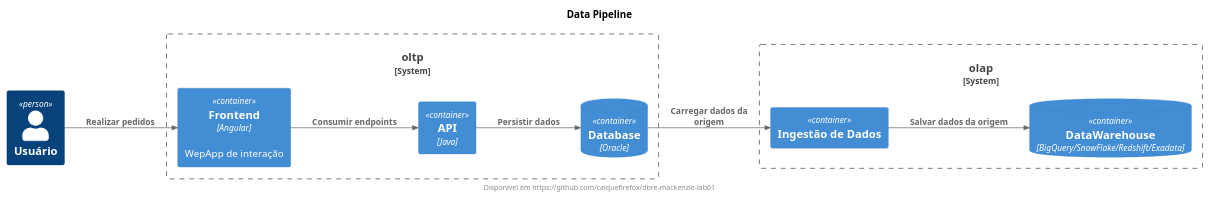
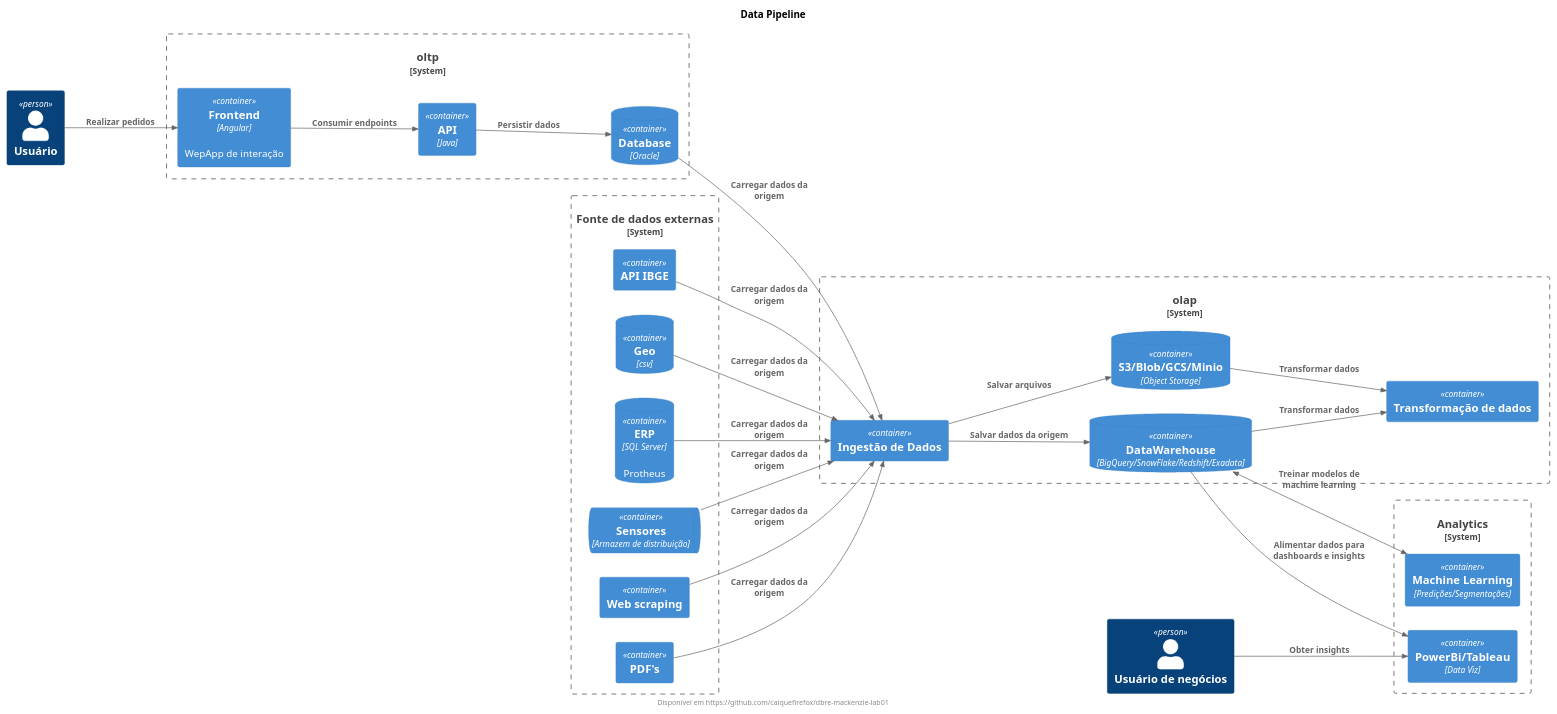
One commit to caiquefirefox/dbre-mackenzie-lab01 changed the diagram in diagrams/data_pipeline.puml. Above: the diagram before and after it, drawn with PlantUML.

Commit message:
:sparkles: feat: add transformation

```diff
--- a/diagrams/data_pipeline.puml
+++ b/diagrams/data_pipeline.puml
@@ -1,28 +1,60 @@
 @startuml diagram
 title Data Pipeline
 footer Disponível em https://github.com/caiquefirefox/dbre-mackenzie-lab01
 
 !include https://raw.githubusercontent.com/plantuml-stdlib/C4-PlantUML/master/C4_Context.puml
 !include https://raw.githubusercontent.com/plantuml-stdlib/C4-PlantUML/master/C4_Container.puml
 LAYOUT_LANDSCAPE()
 
 Person(user, "Usuário")
+Person(user_business, "Usuário de negócios")
 
 System_Boundary(oltp, "oltp"){
     Container(frontend, "Frontend", "Angular", "WepApp de interação")
     Container(api, "API", "Java")
     ContainerDb(db, "Database", "Oracle")
 }
 
+System_Boundary(data_sources, "Fonte de dados externas"){
+    Container(ibge, "API IBGE")
+    ContainerDb(correio, "Geo", "csv")
+    ContainerDb(erp, "ERP", "SQL Server", "Protheus")
+    ContainerQueue(iot, "Sensores", "Armazem de distribuição")
+    Container(scraping, "Web scraping")
+    Container(pdf, "PDF's")
+}
+
 System_Boundary(olap, "olap"){
-    Container(job, "Ingestão de Dados")
+    Container(extraction, "Ingestão de Dados")
     ContainerDb(dw, "DataWarehouse", "BigQuery/SnowFlake/Redshift/Exadata")
-    Rel(job, dw, "Salvar dados da origem")
+    ContainerDb(object_storage, "S3/Blob/GCS/Minio", "Object Storage")
+    
+    Container(transformation, "Transformação de dados")
+    
+    Rel(extraction, dw, "Salvar dados da origem")
+    Rel(extraction, object_storage, "Salvar arquivos")
+    Rel(dw, transformation, "Transformar dados")
+    Rel(object_storage, transformation, "Transformar dados")
+}
+
+System_Boundary(analytics, "Analytics"){
+    Container(dataviz, "PowerBi/Tableau", "Data Viz")
+    Container(ml, "Machine Learning", "Predições/Segmentações")
 }
 
 Rel(user, frontend, "Realizar pedidos")
+Rel(user_business, dataviz, "Obter insights")
+
 Rel(frontend, api, "Consumir endpoints")
 Rel(api, db, "Persistir dados")
-Rel(db, job, "Carregar dados da origem")
+Rel(db, extraction, "Carregar dados da origem")
+Rel(ibge, extraction, "Carregar dados da origem")
+Rel(correio, extraction, "Carregar dados da origem")
+Rel(iot, extraction, "Carregar dados da origem")
+Rel(erp, extraction, "Carregar dados da origem")
+Rel(scraping, extraction, "Carregar dados da origem")
+Rel(pdf, extraction, "Carregar dados da origem")
+Rel(dw, dataviz, "Alimentar dados para dashboards e insights")
+BiRel(dw, ml, "Treinar modelos de machine learning")
 
 @enduml
```
